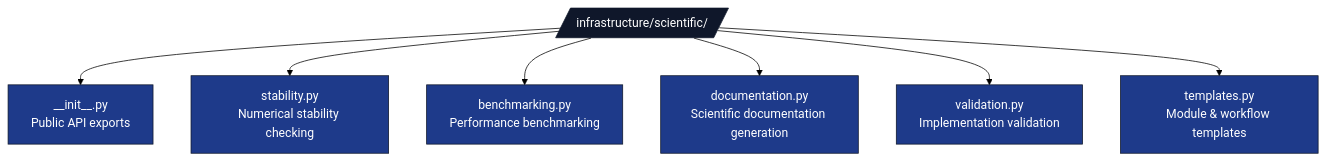
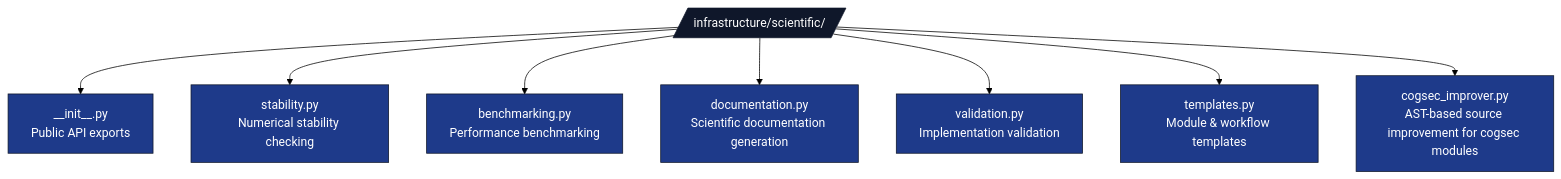
Before and after one commit to docxology/template: the diagram in infrastructure/scientific/AGENTS.md, drawn with Mermaid (forest theme). The commit also changed other lines of this file and 952 other files, not shown here.

````diff
--- a/infrastructure/scientific/AGENTS.md
+++ b/infrastructure/scientific/AGENTS.md
@@ -13,15 +13,16 @@
 ```mermaid
 flowchart TB
     SCI[/infrastructure/scientific//]
     SCI --> INIT[__init__.py<br/>Public API exports]
     SCI --> STAB[stability.py<br/>Numerical stability checking]
     SCI --> BEN[benchmarking.py<br/>Performance benchmarking]
     SCI --> DOC[documentation.py<br/>Scientific documentation generation]
     SCI --> VAL[validation.py<br/>Implementation validation]
     SCI --> TPL[templates.py<br/>Module &amp; workflow templates]
+    SCI --> COG[cogsec_improver.py<br/>AST-based source improvement for cogsec modules]
 
     classDef d fill:#0f172a,stroke:#0f172a,color:#fff
     classDef f fill:#1e3a8a,stroke:#0f172a,color:#fff
     class SCI d
-    class INIT,STAB,BEN,DOC,VAL,TPL f
+    class INIT,STAB,BEN,DOC,VAL,TPL,COG f
 ```
````
